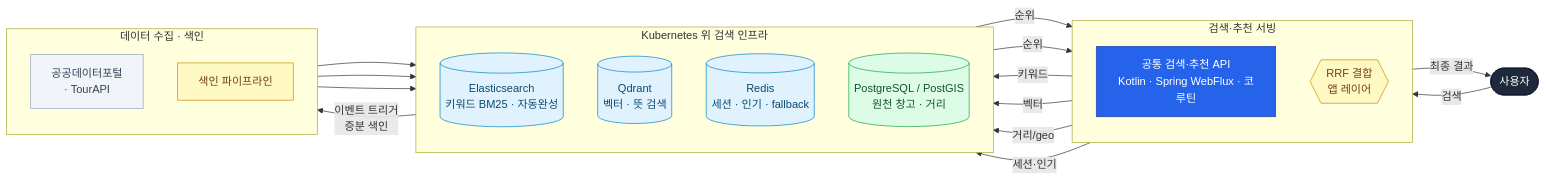
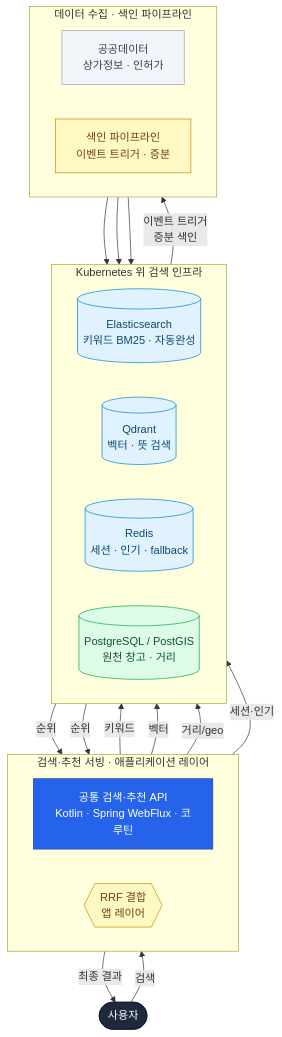
The diagram in docs/diagrams/architecture.mmd (YubinShin/nearby), drawn with Mermaid before and after one commit. The commit also changed 2 other files, not shown here.

Commit message:
fix(docs): 데이터 원천 표기 정정
- TourAPI(미적재) → 상가정보+인허가

계획 문서에만 있던 TourAPI 표기를 실제 적재 원천으로 정정.
- 실제: 소상공인시장진흥공단 상가정보 + 행안부 지방행정 인허가
- architecture.mmd / architecture.md / roadmap.md 3곳

Claude-Session: https://claude.ai/code/session_01CxTaXwkWfxP4db8USyyXhm

```diff
--- a/docs/diagrams/architecture.mmd
+++ b/docs/diagrams/architecture.mmd
@@ -1,45 +1,45 @@
-flowchart LR
+flowchart TB
     USER([사용자]):::user
 
-    subgraph SERVE[검색·추천 서빙]
-        direction TB
+    subgraph SERVE[검색·추천 서빙 · 애플리케이션 레이어]
+        direction LR
         API["공통 검색·추천 API<br/>Kotlin · Spring WebFlux · 코루틴"]:::api
         RRF{{"RRF 결합<br/>앱 레이어"}}:::logic
     end
 
     subgraph ENGINES[Kubernetes 위 검색 인프라]
-        direction TB
+        direction LR
         ES[("Elasticsearch<br/>키워드 BM25 · 자동완성")]:::engine
         QD[("Qdrant<br/>벡터 · 뜻 검색")]:::engine
         RD[("Redis<br/>세션 · 인기 · fallback")]:::engine
         PG[("PostgreSQL / PostGIS<br/>원천 창고 · 거리")]:::store
     end
 
-    subgraph INGEST[데이터 수집 · 색인]
-        direction TB
-        SRC["공공데이터포털<br/>· TourAPI"]:::src
-        IDX["색인 파이프라인"]:::logic
+    subgraph INGEST[데이터 수집 · 색인 파이프라인]
+        direction LR
+        SRC["공공데이터<br/>상가정보 · 인허가"]:::src
+        IDX["색인 파이프라인<br/>이벤트 트리거 · 증분"]:::logic
     end
 
-    %% 검색 흐름
+    %% 검색 흐름 (위 → 아래)
     USER -->|검색| API
     API -->|키워드| ES
     API -->|벡터| QD
     API -->|거리/geo| PG
     API -->|세션·인기| RD
     ES -->|순위| RRF
     QD -->|순위| RRF
     RRF -->|최종 결과| USER
 
-    %% 색인 흐름
+    %% 색인 흐름 (아래 → 위)
     SRC --> PG
     PG -->|이벤트 트리거<br/>증분 색인| IDX
     IDX --> ES
     IDX --> QD
 
     classDef user fill:#1e293b,color:#ffffff,stroke:#0f172a,stroke-width:1px;
     classDef api fill:#2563eb,color:#ffffff,stroke:#1e40af,stroke-width:1px;
     classDef engine fill:#e0f2fe,color:#0c4a6e,stroke:#0284c7,stroke-width:1px;
     classDef store fill:#dcfce7,color:#14532d,stroke:#16a34a,stroke-width:1px;
     classDef logic fill:#fef9c3,color:#713f12,stroke:#ca8a04,stroke-width:1px;
     classDef src fill:#f1f5f9,color:#334155,stroke:#94a3b8,stroke-width:1px;
```
